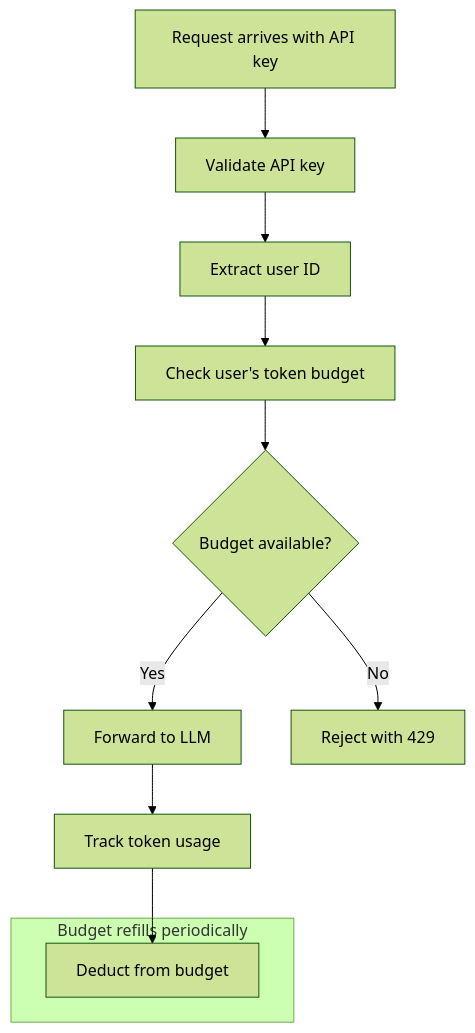
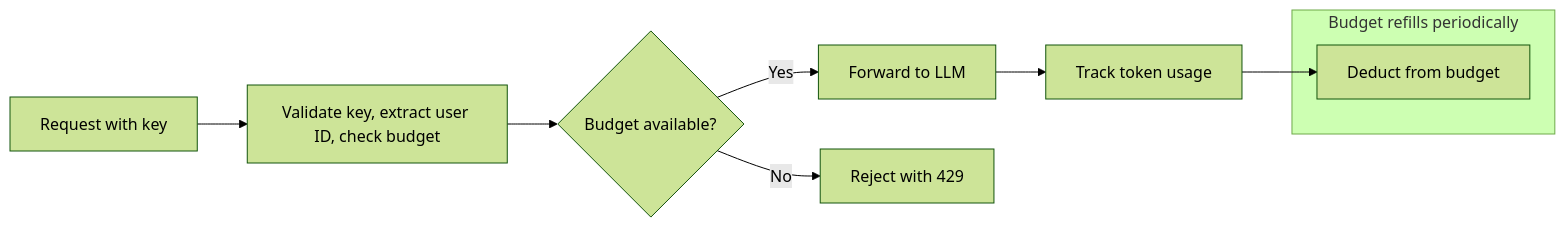
Before and after one commit to agentgateway/website: the diagram in assets/agw-docs/pages/agentgateway/llm/virtual-keys.md, drawn with Mermaid (forest theme). The commit also changed other lines of this file and 2 other files, not shown here.

Commit message:
rev diagram and reorder

````diff
--- a/assets/agw-docs/pages/agentgateway/llm/virtual-keys.md
+++ b/assets/agw-docs/pages/agentgateway/llm/virtual-keys.md
@@ -18,14 +18,12 @@
 ```mermaid
-flowchart TD
-  A[Request arrives with API key] --> B[Validate API key]
-  B --> C[Extract user ID]
-  C --> D[Check user's token budget]
-  D --> E{Budget available?}
-  E -->|Yes| F[Forward to LLM]
-  F --> G[Track token usage]
-  G --> H[Deduct from budget]
-  E -->|No| I[Reject with 429]
+flowchart LR
+  A[Request with key] --> B[Validate key, extract user ID, check budget]
+  B --> C{Budget available?}
+  C -->|Yes| D[Forward to LLM]
+  D --> E[Track token usage]
+  E --> F[Deduct from budget]
+  C -->|No| I[Reject with 429]
   subgraph refill["Budget refills periodically"]
-    H
+    F
   end
 ```
````
